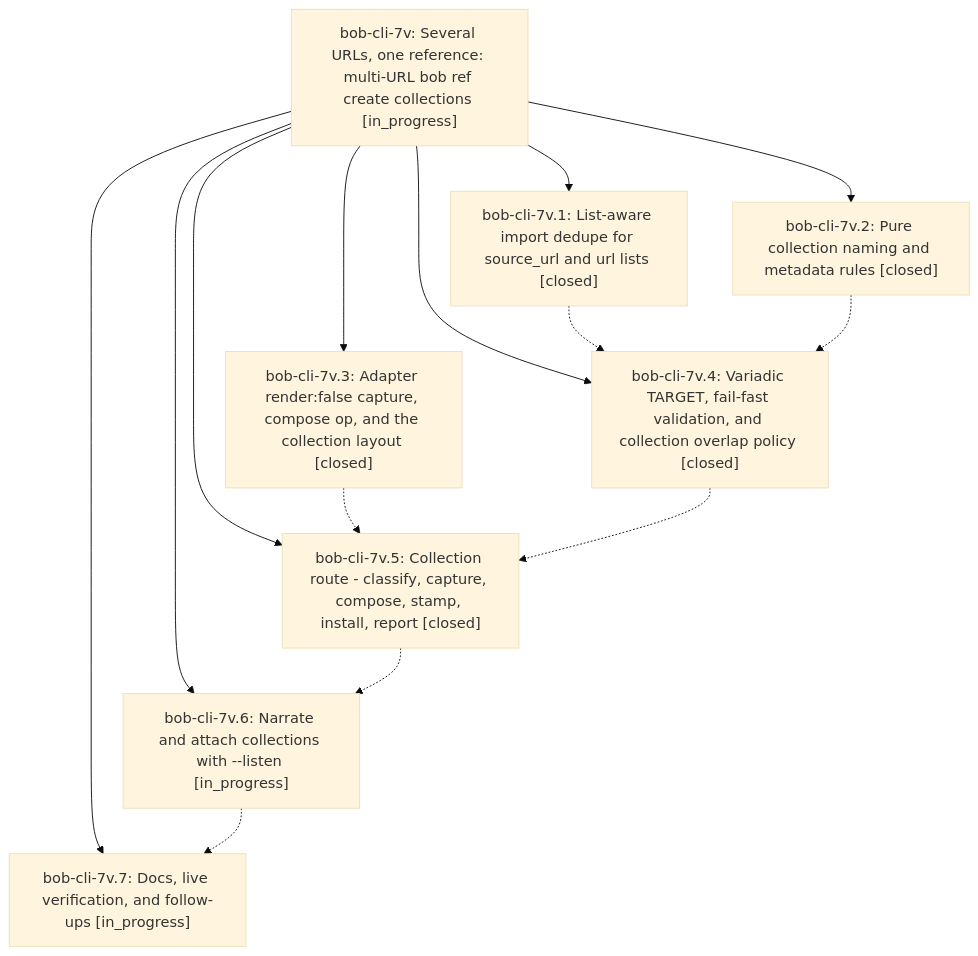
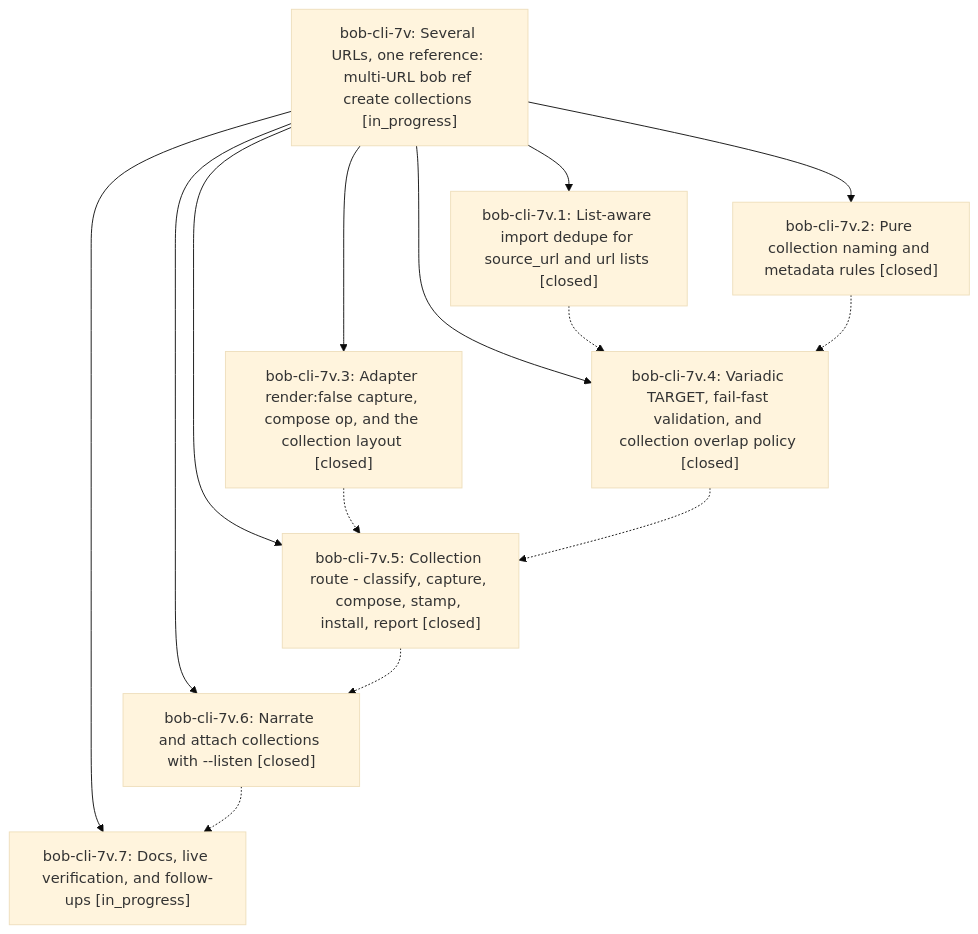
Before and after one commit to bobs-org/bob-cli--beads: the diagram in pages/bob-cli-7v/README.md, drawn with Mermaid (base theme). The commit also changed other lines of this file and 3 other files, not shown here.

First line of the commit message:
chore(beads): sync bead state and pages for bob-cli-7v

````diff
--- a/pages/bob-cli-7v/README.md
+++ b/pages/bob-cli-7v/README.md
@@ -40,24 +40,24 @@
 ```mermaid
 flowchart TD
     n0["bob-cli-7v: Several URLs, one reference: multi-URL bob ref create collections [in_progress]"]
     n1["bob-cli-7v.1: List-aware import dedupe for source_url and url lists [closed]"]
     n2["bob-cli-7v.2: Pure collection naming and metadata rules [closed]"]
     n3["bob-cli-7v.3: Adapter render:false capture, compose op, and the collection layout [closed]"]
     n4["bob-cli-7v.4: Variadic TARGET, fail-fast validation, and collection overlap policy [closed]"]
     n5["bob-cli-7v.5: Collection route - classify, capture, compose, stamp, install, report [closed]"]
-    n6["bob-cli-7v.6: Narrate and attach collections with --listen [in_progress]"]
+    n6["bob-cli-7v.6: Narrate and attach collections with --listen [closed]"]
     n7["bob-cli-7v.7: Docs, live verification, and follow-ups [in_progress]"]
     n0 --> n1
     n0 --> n2
     n0 --> n3
     n0 --> n4
     n0 --> n5
     n0 --> n6
     n0 --> n7
     n1 -.-> n4
     n2 -.-> n4
     n3 -.-> n5
     n4 -.-> n5
     n5 -.-> n6
     n6 -.-> n7
 ```
````
